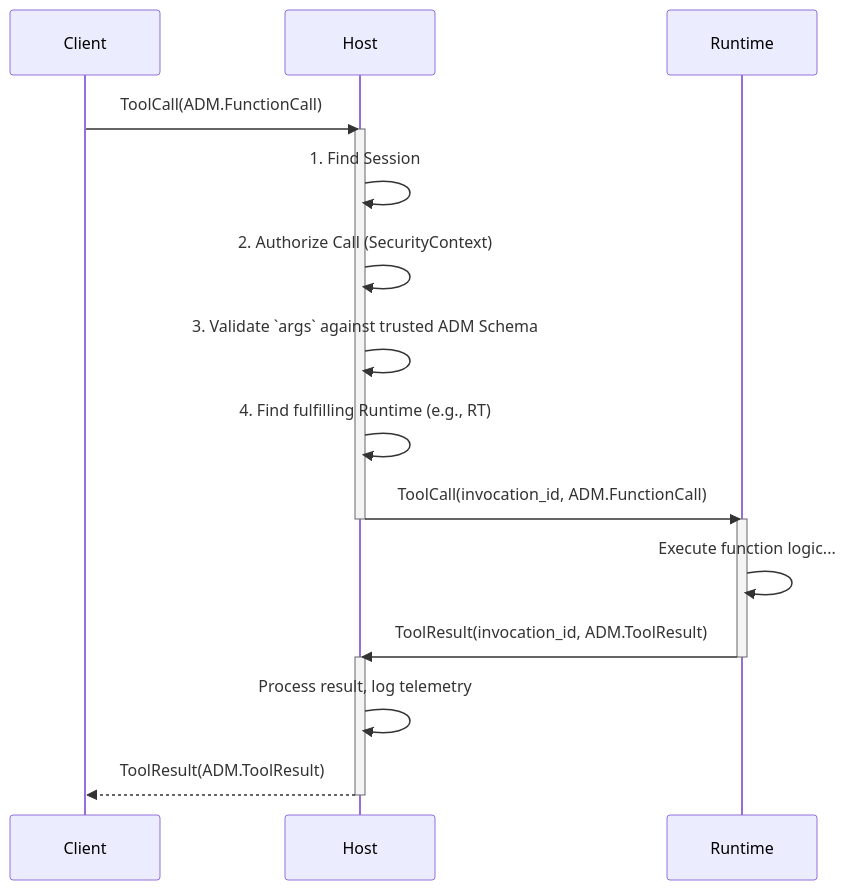
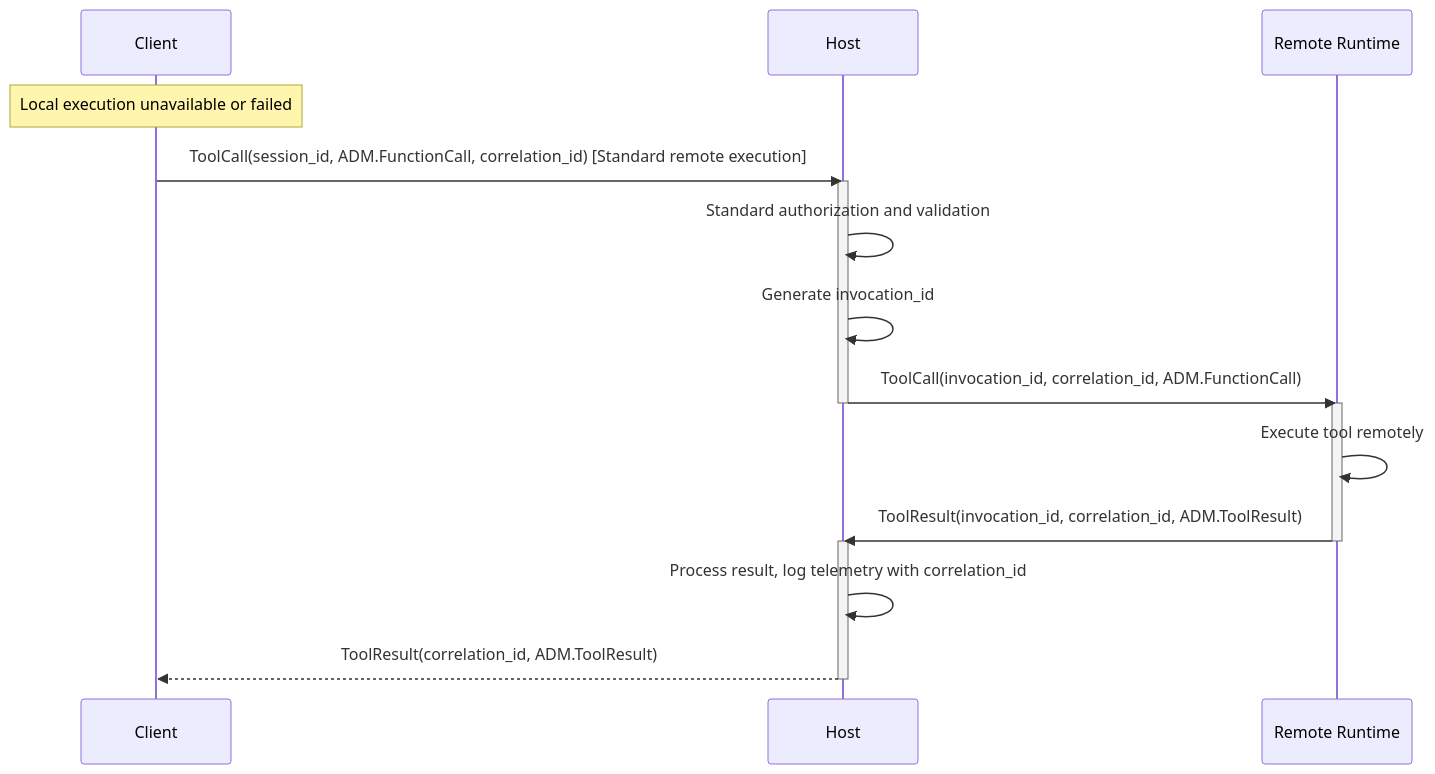
Before and after one commit to nshkrdotcom/ALTAR: the ninth of 17 diagrams in priv/docs/specs/03-grid-protocol/grid-protocol.md, drawn with Mermaid. The commit also changed other lines of this file and 3 other files, not shown here.

````diff
--- a/priv/docs/specs/03-grid-protocol/grid-protocol.md
+++ b/priv/docs/specs/03-grid-protocol/grid-protocol.md
@@ -266,23 +813,23 @@
 ```mermaid
 sequenceDiagram
     participant C as Client
     participant H as Host
-    participant RT as Runtime
+    participant RT as Remote Runtime
 
-    C->>H: ToolCall(ADM.FunctionCall)
+    Note over C: Local execution unavailable or failed
+    
+    C->>H: ToolCall(session_id, ADM.FunctionCall, correlation_id) [Standard remote execution]
     activate H
-    H->>H: 1. Find Session
-    H->>H: 2. Authorize Call (SecurityContext)
-    H->>H: 3. Validate `args` against trusted ADM Schema
-    H->>H: 4. Find fulfilling Runtime (e.g., RT)
-    H->>RT: ToolCall(invocation_id, ADM.FunctionCall)
+    H->>H: Standard authorization and validation
+    H->>H: Generate invocation_id
+    H->>RT: ToolCall(invocation_id, correlation_id, ADM.FunctionCall)
     deactivate H
     activate RT
-    RT->>RT: Execute function logic...
-    RT->>H: ToolResult(invocation_id, ADM.ToolResult)
+    RT->>RT: Execute tool remotely
+    RT->>H: ToolResult(invocation_id, correlation_id, ADM.ToolResult)
     deactivate RT
     activate H
-    H->>H: Process result, log telemetry
-    H-->>C: ToolResult(ADM.ToolResult)
+    H->>H: Process result, log telemetry with correlation_id
+    H-->>C: ToolResult(correlation_id, ADM.ToolResult)
     deactivate H
 ```
````
